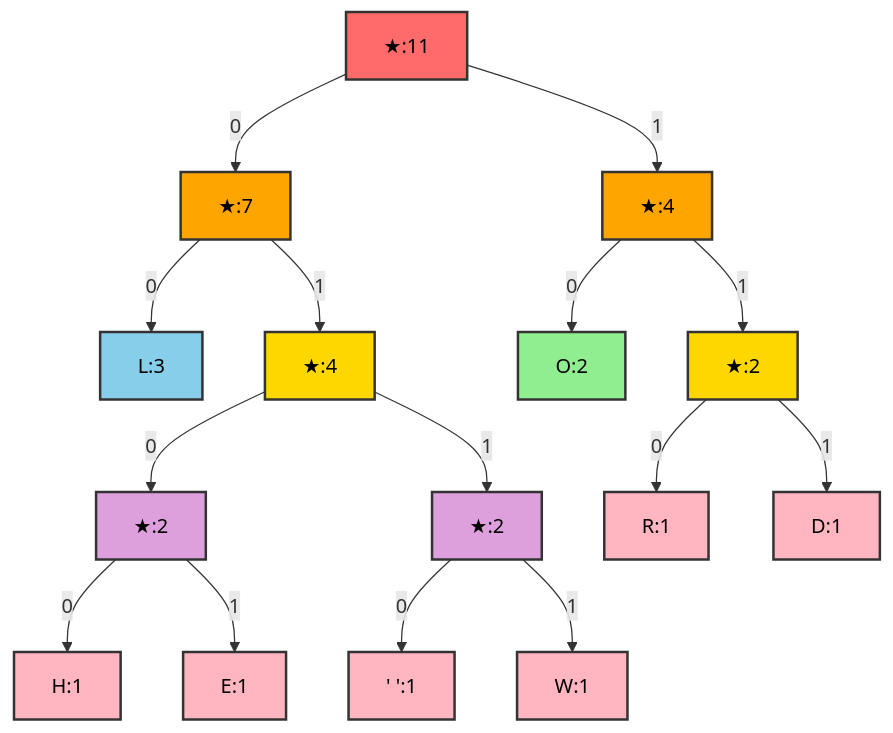
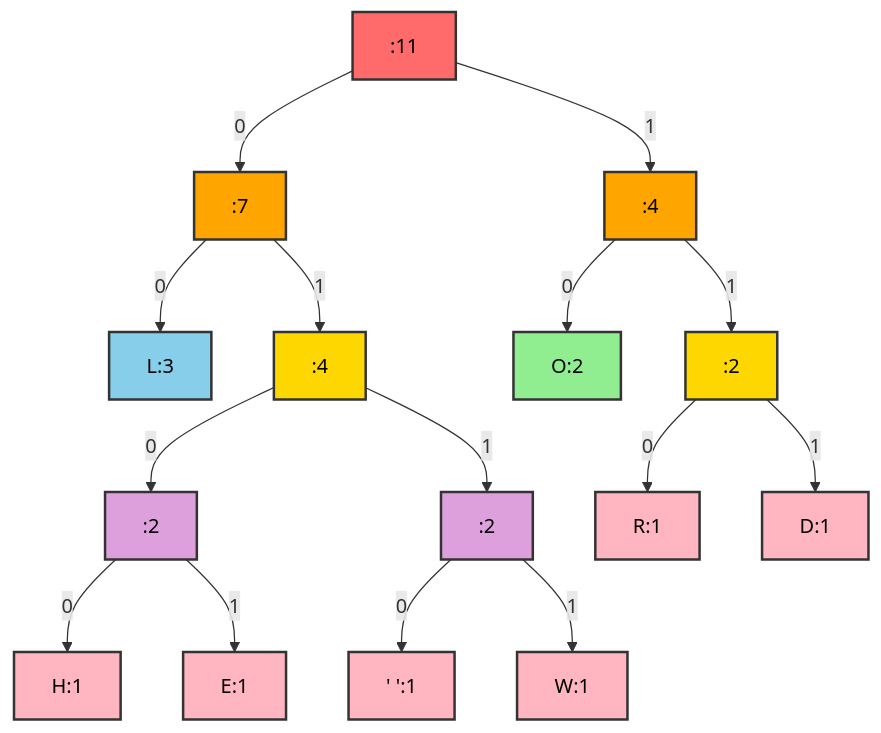
Before and after one commit to PanagopoulosNikolaos/DitOpenNotes: the sixth of 7 diagrams in Year_2/Semester_3/DSA_DATA_STRUCTURES_ALGORITHMS/Lectures/Huffman_Coding.md, drawn with Mermaid. The commit also changed other lines of this file and 24 other files, not shown here.

````diff
--- a/Year_2/Semester_3/DSA_DATA_STRUCTURES_ALGORITHMS/Lectures/Huffman_Coding.md
+++ b/Year_2/Semester_3/DSA_DATA_STRUCTURES_ALGORITHMS/Lectures/Huffman_Coding.md
@@ -600,39 +600,39 @@
 ```mermaid
 graph TD
-    Root["★:11"] -->|0| L7["★:7"]
-    Root -->|1| O4["★:4"]
+    Root[":11"] -->|0| L7[":7"]
+    Root -->|1| O4[":4"]
     
     L7 -->|0| L["L:3"]
-    L7 -->|1| HE4["★:4"]
+    L7 -->|1| HE4[":4"]
     
-    HE4 -->|0| HE["★:2"]
-    HE4 -->|1| SW["★:2"]
+    HE4 -->|0| HE[":2"]
+    HE4 -->|1| SW[":2"]
     
     HE -->|0| H["H:1"]
     HE -->|1| E["E:1"]
     
     SW -->|0| S["' ':1"]
     SW -->|1| W["W:1"]
     
     O4 -->|0| O["O:2"]
-    O4 -->|1| RD["★:2"]
+    O4 -->|1| RD[":2"]
     
     RD -->|0| R["R:1"]
     RD -->|1| D["D:1"]
     
     style Root fill:#FF6B6B,stroke:#333,stroke-width:2px,color:black
     style L7 fill:#FFA500,stroke:#333,stroke-width:2px,color:black
     style O4 fill:#FFA500,stroke:#333,stroke-width:2px,color:black
     style L fill:#87CEEB,stroke:#333,stroke-width:2px,color:black
     style HE4 fill:#FFD700,stroke:#333,stroke-width:2px,color:black
     style O fill:#90EE90,stroke:#333,stroke-width:2px,color:black
     style RD fill:#FFD700,stroke:#333,stroke-width:2px,color:black
     style HE fill:#DDA0DD,stroke:#333,stroke-width:2px,color:black
     style SW fill:#DDA0DD,stroke:#333,stroke-width:2px,color:black
     style H fill:#FFB6C1,stroke:#333,stroke-width:2px,color:black
     style E fill:#FFB6C1,stroke:#333,stroke-width:2px,color:black
     style S fill:#FFB6C1,stroke:#333,stroke-width:2px,color:black
     style W fill:#FFB6C1,stroke:#333,stroke-width:2px,color:black
     style R fill:#FFB6C1,stroke:#333,stroke-width:2px,color:black
     style D fill:#FFB6C1,stroke:#333,stroke-width:2px,color:black
 ```
````
